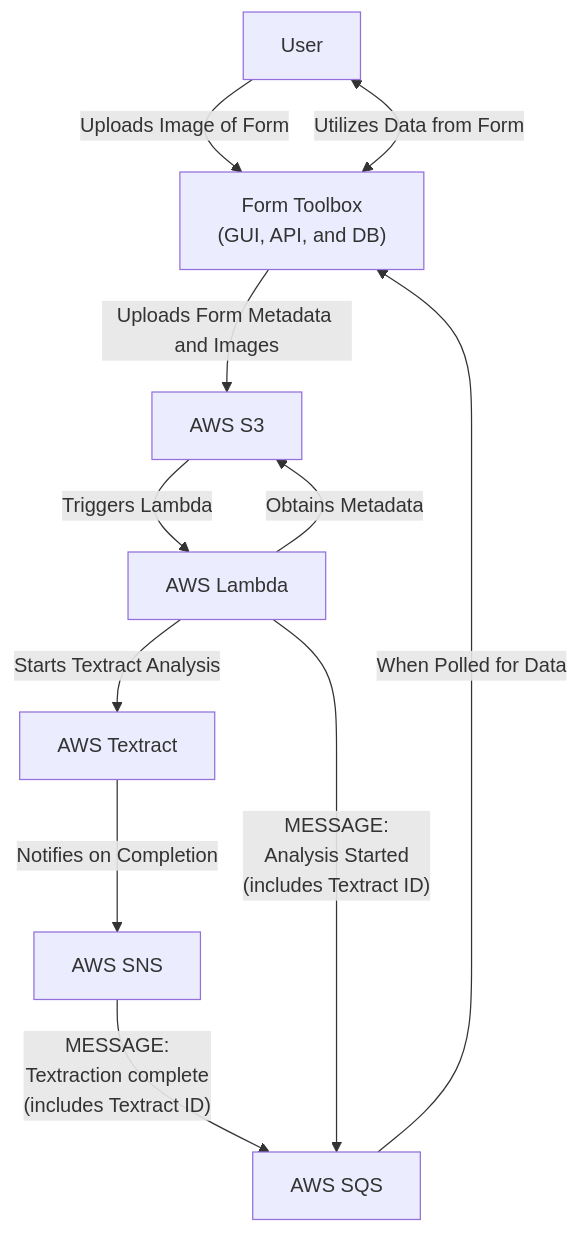
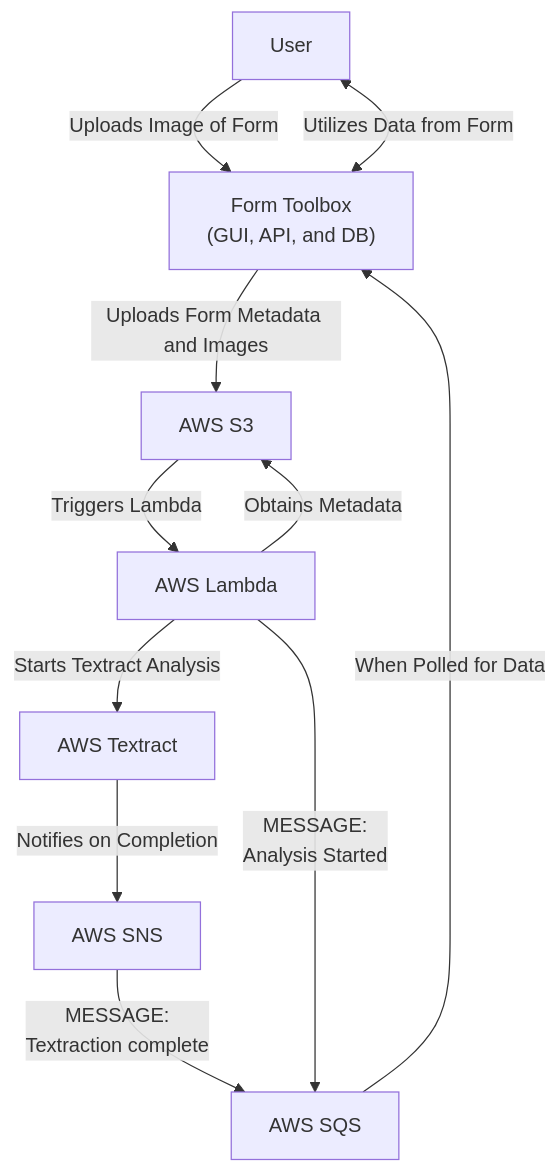
Before and after one commit to rob-mosher/form-toolbox-app: the first of 2 diagrams in README.md, drawn with Mermaid. The commit also changed other lines of this file, not shown here.

Commit message:
Add database diagram and minor cleanup

````diff
--- a/README.md
+++ b/README.md
@@ -33,18 +33,16 @@
 ```mermaid
 graph TD;
     User--"Uploads Image of Form"-->FormToolbox["Form Toolbox
       (GUI, API, and DB)"];
     FormToolbox--"Uploads Form Metadata and Images"-->AWS_S3["AWS S3"];
     AWS_S3--"Triggers Lambda"-->AWS_Lambda["AWS Lambda"];
     AWS_Lambda--"Obtains Metadata"-->AWS_S3;
     AWS_Lambda--"Starts Textract Analysis"-->AWS_Textract["AWS Textract"];
     AWS_Textract--"Notifies on Completion"-->AWS_SNS["AWS SNS"];
     AWS_SNS--"MESSAGE:
-      Textraction complete
-      (includes Textract ID)"-->AWS_SQS["AWS SQS"];
+      Textraction complete"-->AWS_SQS["AWS SQS"];
     AWS_Lambda--"MESSAGE:
-      Analysis Started
-      (includes Textract ID)"-->AWS_SQS;
+      Analysis Started"-->AWS_SQS;
     AWS_SQS--"When Polled for Data"-->FormToolbox;
     FormToolbox<--"Utilizes Data from Form"-->User
 ```
````
